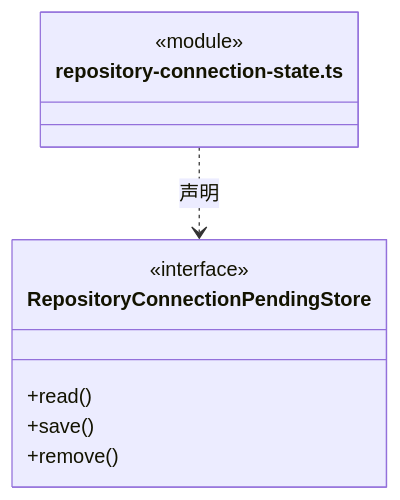
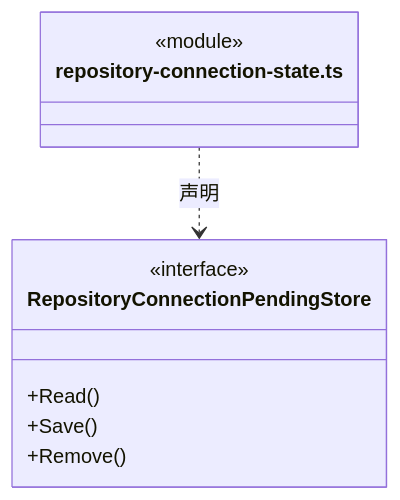
Before and after one commit to nan023062/cbim: the third of 15 diagrams in src/view/resources/ARCHITECTURE.md, drawn with Mermaid. The commit also changed 1035 other files, not shown here.

````diff
--- a/src/view/resources/ARCHITECTURE.md
+++ b/src/view/resources/ARCHITECTURE.md
@@ -68,13 +68,13 @@
 ```mermaid
 classDiagram
 class N_src_view_resources_repository_connection_state_ts["repository-connection-state.ts"] {
   <<module>>
 }
 class N_src_view_resources_repository_connection_state_ts_RepositoryConnectionPendingStore["RepositoryConnectionPendingStore"] {
   <<interface>>
-  +read()
-  +save()
-  +remove()
+  +Read()
+  +Save()
+  +Remove()
 }
 N_src_view_resources_repository_connection_state_ts ..> N_src_view_resources_repository_connection_state_ts_RepositoryConnectionPendingStore : 声明
 ```
````
